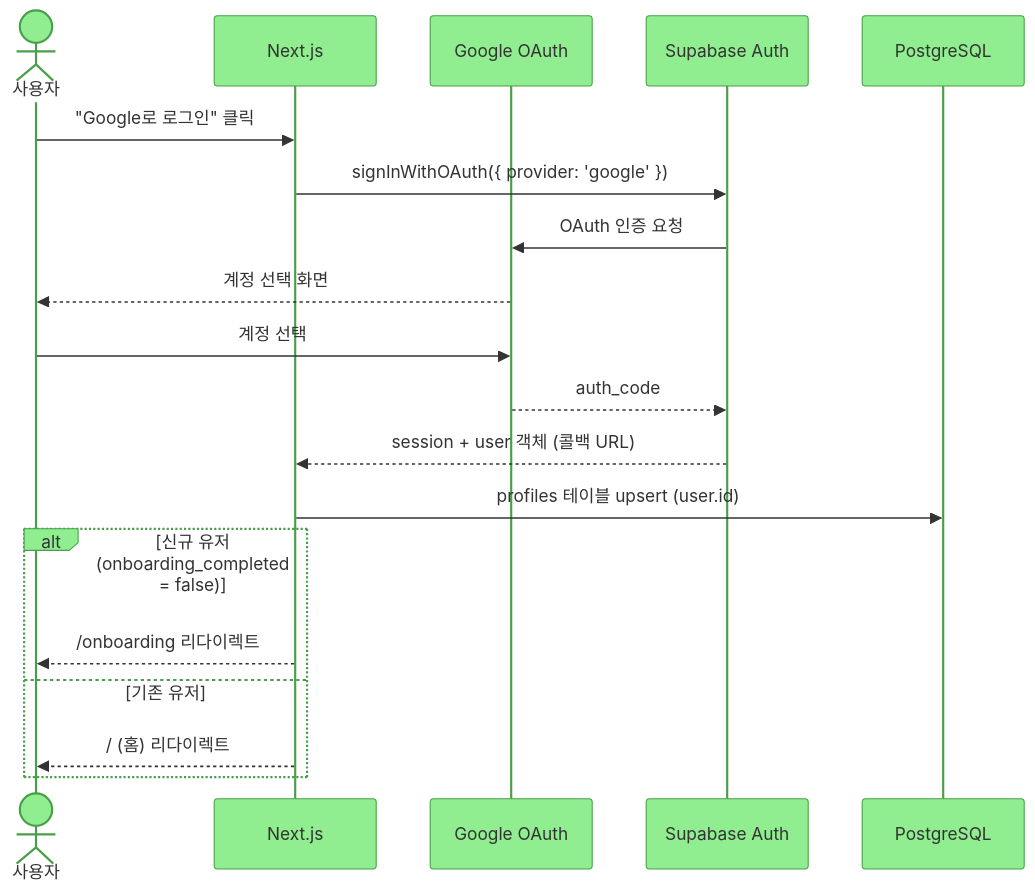
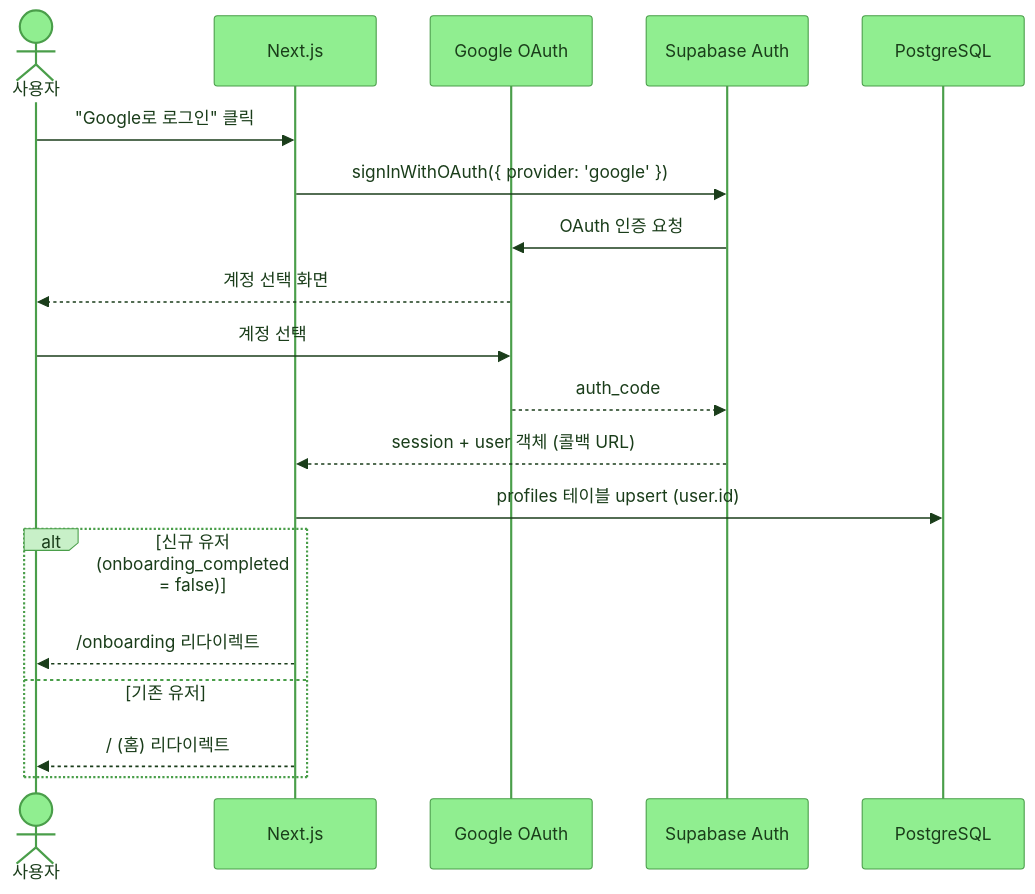
Before and after one commit to young017/weather: the third of 5 diagrams in README.md, drawn with Mermaid. The commit also changed other lines of this file, not shown here.

````diff
--- a/README.md
+++ b/README.md
@@ -124,23 +133,23 @@
 ```mermaid
-%%{init: {'theme': 'base', 'themeVariables': {'primaryColor': '#90EE90', 'primaryBorderColor': '#4a9e4a', 'lineColor': '#4a9e4a', 'actorBkg': '#90EE90', 'actorBorder': '#4a9e4a'}}}%%
+%%{init: {'theme': 'base', 'themeVariables': {'primaryColor': '#90EE90', 'primaryBorderColor': '#4a9e4a', 'primaryTextColor': '#1a3d1a', 'secondaryColor': '#c8f0c8', 'tertiaryColor': '#e6f9e6', 'lineColor': '#4a9e4a', 'actorBkg': '#90EE90', 'actorBorder': '#4a9e4a', 'actorTextColor': '#1a3d1a', 'activationBkgColor': '#c8f0c8', 'activationBorderColor': '#4a9e4a', 'loopTextColor': '#1a3d1a', 'noteBkgColor': '#e6f9e6', 'noteBorderColor': '#4a9e4a', 'noteTextColor': '#1a3d1a', 'labelBoxBkgColor': '#c8f0c8', 'labelBoxBorderColor': '#4a9e4a'}}}%%
 sequenceDiagram
     actor User as 사용자
     participant App as Next.js
     participant Google as Google OAuth
     participant SB as Supabase Auth
     participant DB as PostgreSQL
 
     User->>App: "Google로 로그인" 클릭
     App->>SB: signInWithOAuth({ provider: 'google' })
     SB->>Google: OAuth 인증 요청
     Google-->>User: 계정 선택 화면
     User->>Google: 계정 선택
     Google-->>SB: auth_code
     SB-->>App: session + user 객체 (콜백 URL)
     App->>DB: profiles 테이블 upsert (user.id)
     alt 신규 유저 (onboarding_completed = false)
         App-->>User: /onboarding 리다이렉트
     else 기존 유저
         App-->>User: / (홈) 리다이렉트
     end
 ```
````
